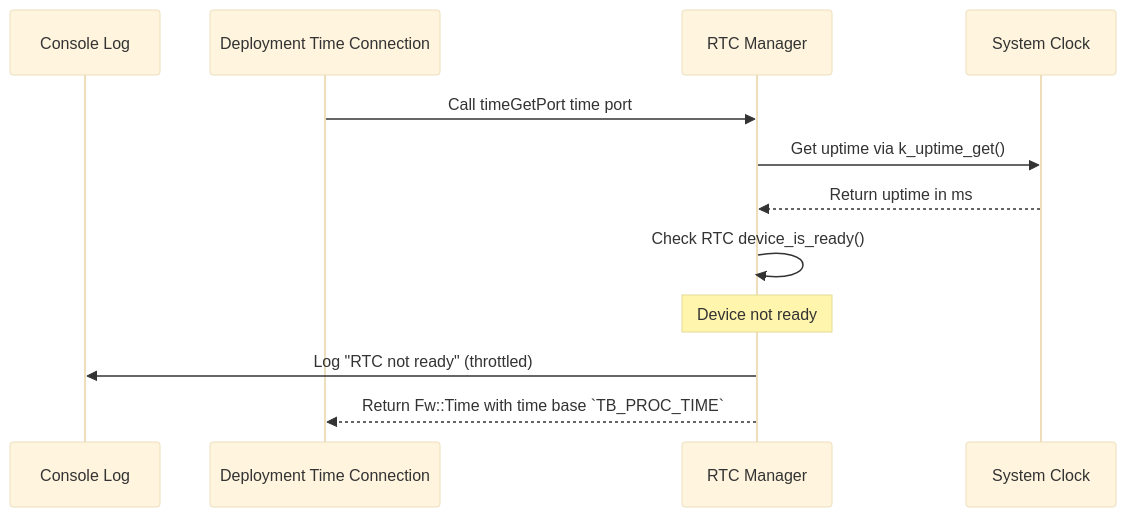
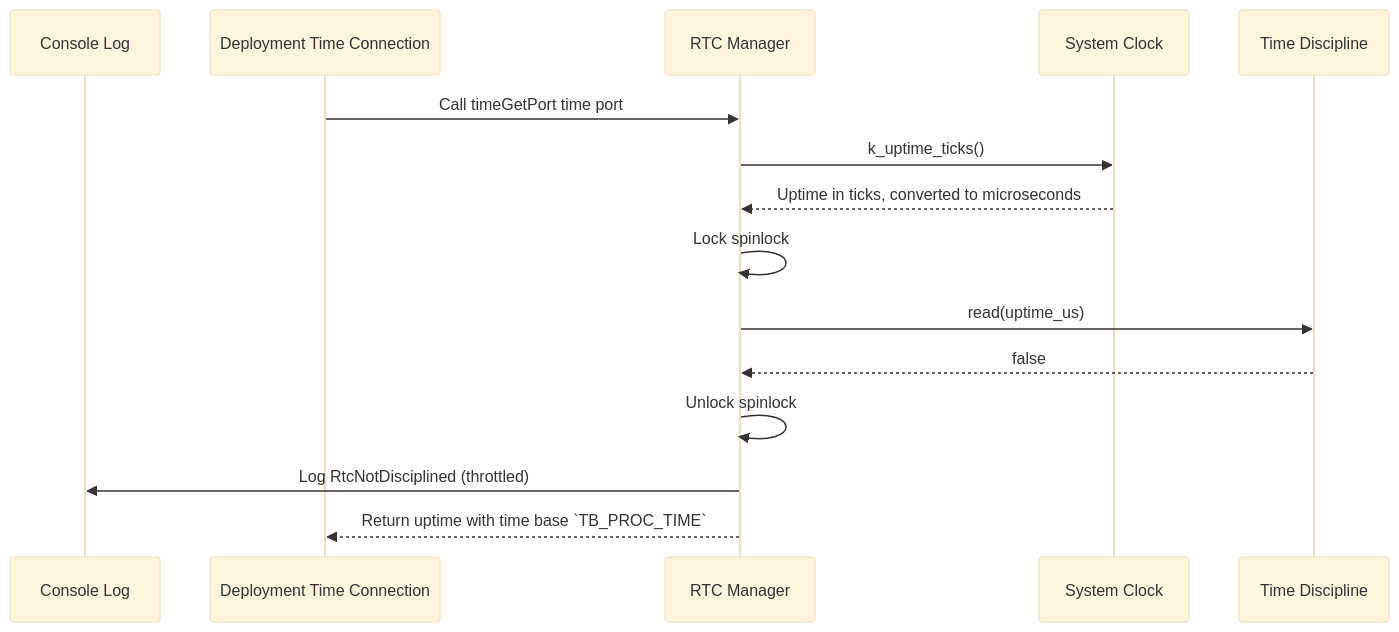
Before and after one commit to Open-Source-Space-Foundation/proves-core-reference: the fourth of 18 diagrams in PROVESFlightControllerReference/Components/Drv/RtcManager/docs/sdd.md, drawn with Mermaid (base theme). The commit also changed other lines of this file and 18 other files, not shown here.

Commit message:
feat(rtc): time offset disciplined by the RTC update interrupt (#525)

````diff
--- a/PROVESFlightControllerReference/Components/Drv/RtcManager/docs/sdd.md
+++ b/PROVESFlightControllerReference/Components/Drv/RtcManager/docs/sdd.md
@@ -275,15 +330,18 @@
 ```mermaid
 sequenceDiagram
     participant Console Log
     participant Deployment Time Connection
     participant RTC Manager
     participant System Clock
+    participant Time Discipline
 
     Deployment Time Connection->>RTC Manager: Call timeGetPort time port
-    RTC Manager->>System Clock: Get uptime via k_uptime_get()
-    System Clock-->>RTC Manager: Return uptime in ms
-    RTC Manager->>RTC Manager: Check RTC device_is_ready()
-    Note over RTC Manager: Device not ready
-    RTC Manager->>Console Log: Log "RTC not ready" (throttled)
-    RTC Manager-->>Deployment Time Connection: Return Fw::Time with time base `TB_PROC_TIME`
+    RTC Manager->>System Clock: k_uptime_ticks()
+    System Clock-->>RTC Manager: Uptime in ticks, converted to microseconds
+    RTC Manager->>RTC Manager: Lock spinlock
+    RTC Manager->>Time Discipline: read(uptime_us)
+    Time Discipline-->>RTC Manager: false
+    RTC Manager->>RTC Manager: Unlock spinlock
+    RTC Manager->>Console Log: Log RtcNotDisciplined (throttled)
+    RTC Manager-->>Deployment Time Connection: Return uptime with time base `TB_PROC_TIME`
 ```
````
